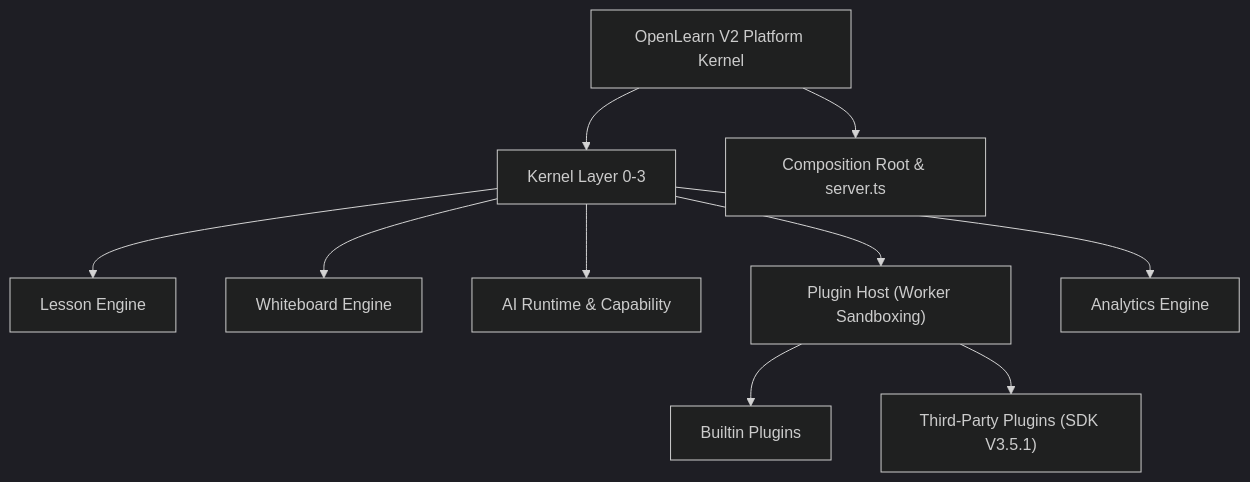
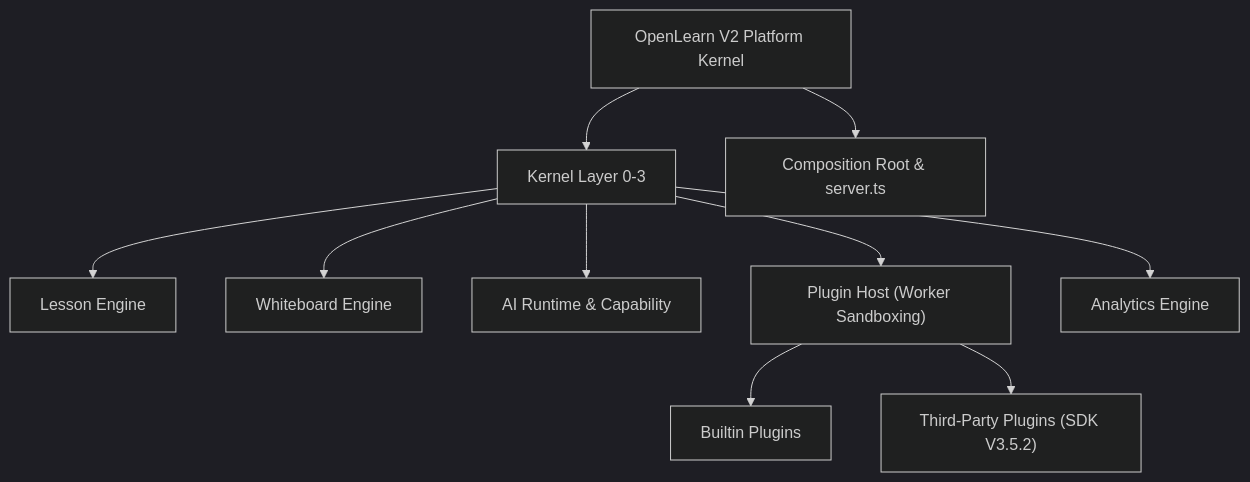
The diagram in docs/getting-started/overview.md (aymwoo/OpenLearn-Next-V2), drawn with Mermaid (dark theme) before and after one commit. The commit also changed other lines of this file and 41 other files, not shown here.

````diff
--- a/docs/getting-started/overview.md
+++ b/docs/getting-started/overview.md
@@ -59,14 +59,14 @@
 ```mermaid
 graph TD
     A["OpenLearn V2 Platform Kernel"] --> B["Kernel Layer 0-3"]
     A --> C["Composition Root & server.ts"]
     
     B --> D["Lesson Engine"]
     B --> E["Whiteboard Engine"]
     B --> F["AI Runtime & Capability"]
     B --> G["Plugin Host (Worker Sandboxing)"]
     B --> H["Analytics Engine"]
     
     G --> I["Builtin Plugins"]
-    G --> J["Third-Party Plugins (SDK V3.5.1)"]
+    G --> J["Third-Party Plugins (SDK V3.5.2)"]
 ```
````
